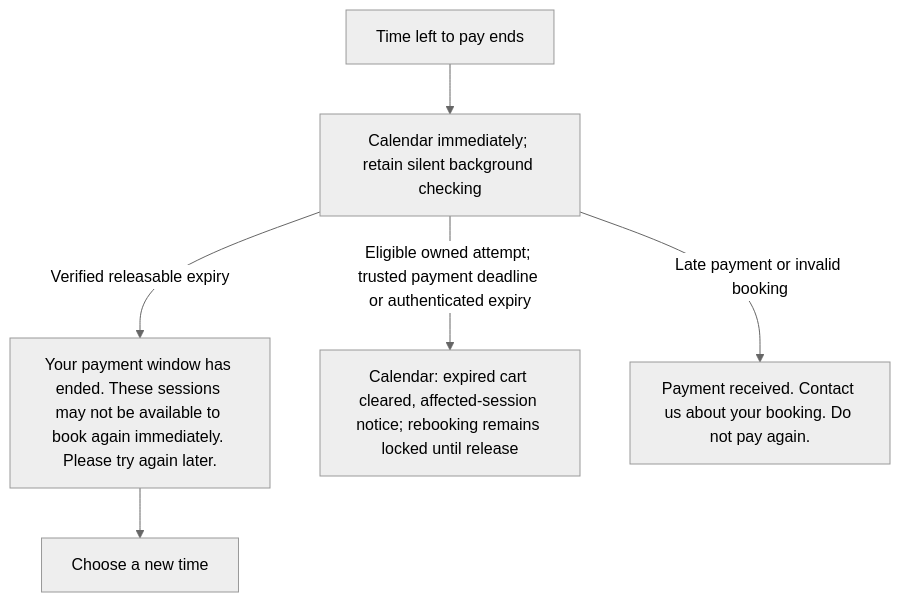
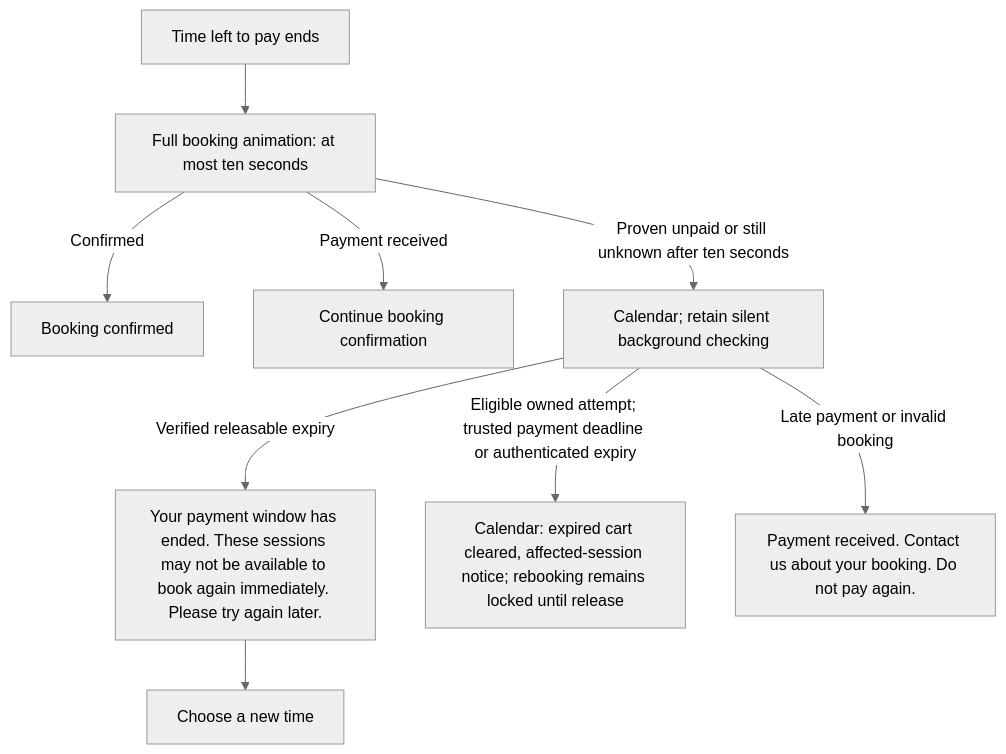
One commit to soccerbotstudiosg/soccerbotstudioSG changed diagram 13 of 19 in docs/booking-flows.md. Above: the diagram before and after it, drawn with Mermaid (neutral theme). The commit also changed other lines of this file and 44 other files, not shown here.

````diff
--- a/docs/booking-flows.md
+++ b/docs/booking-flows.md
@@ -224,8 +224,11 @@
 ```mermaid
 flowchart TD
-  A["Time left to pay ends"] --> B["Calendar immediately; retain silent background checking"]
+  A["Time left to pay ends"] --> W["Full booking animation: at most ten seconds"]
+  W -->|Confirmed| H["Booking confirmed"]
+  W -->|Payment received| P["Continue booking confirmation"]
+  W -->|Proven unpaid or still unknown after ten seconds| B["Calendar; retain silent background checking"]
   B -->|Verified releasable expiry| C["Your payment window has ended. These sessions may not be available to book again immediately. Please try again later."]
   B -->|Eligible owned attempt; trusted payment deadline or authenticated expiry| D["Calendar: expired cart cleared, affected-session notice; rebooking remains locked until release"]
   B -->|Late payment or invalid booking| E["Payment received. Contact us about your booking. Do not pay again."]
   C --> F["Choose a new time"]
 ```
````
